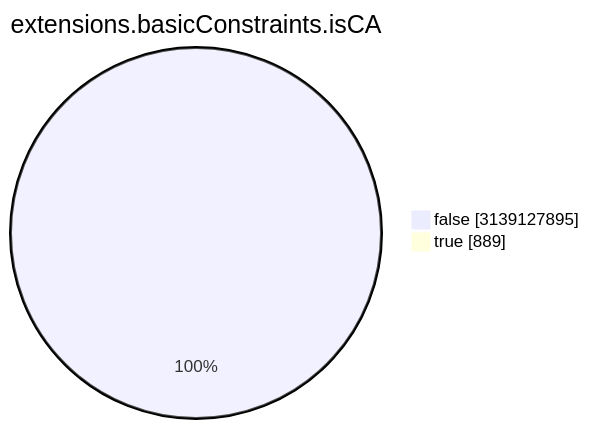
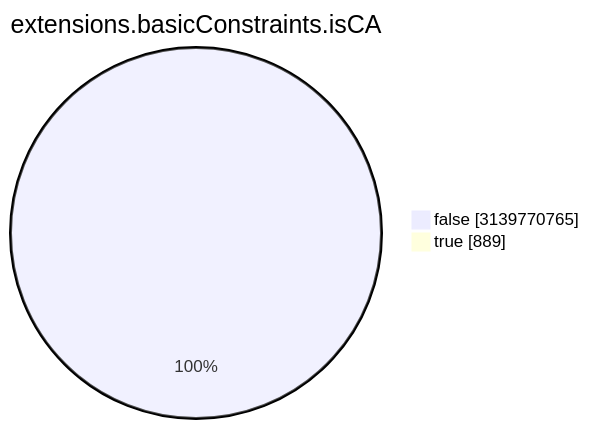
Before and after one commit to christiankrug/ctmonitor_visualization: the seventh of 15 diagrams in TOTAL/README.md, drawn with Mermaid. The commit also changed other lines of this file, not shown here.

````diff
--- a/TOTAL/README.md
+++ b/TOTAL/README.md
@@ -3088,6 +3088,6 @@
 ```mermaid
 pie showData
 title extensions.basicConstraints.isCA
-"false" :3139127895
+"false" :3139770765
 "true" :889
 ```
````
